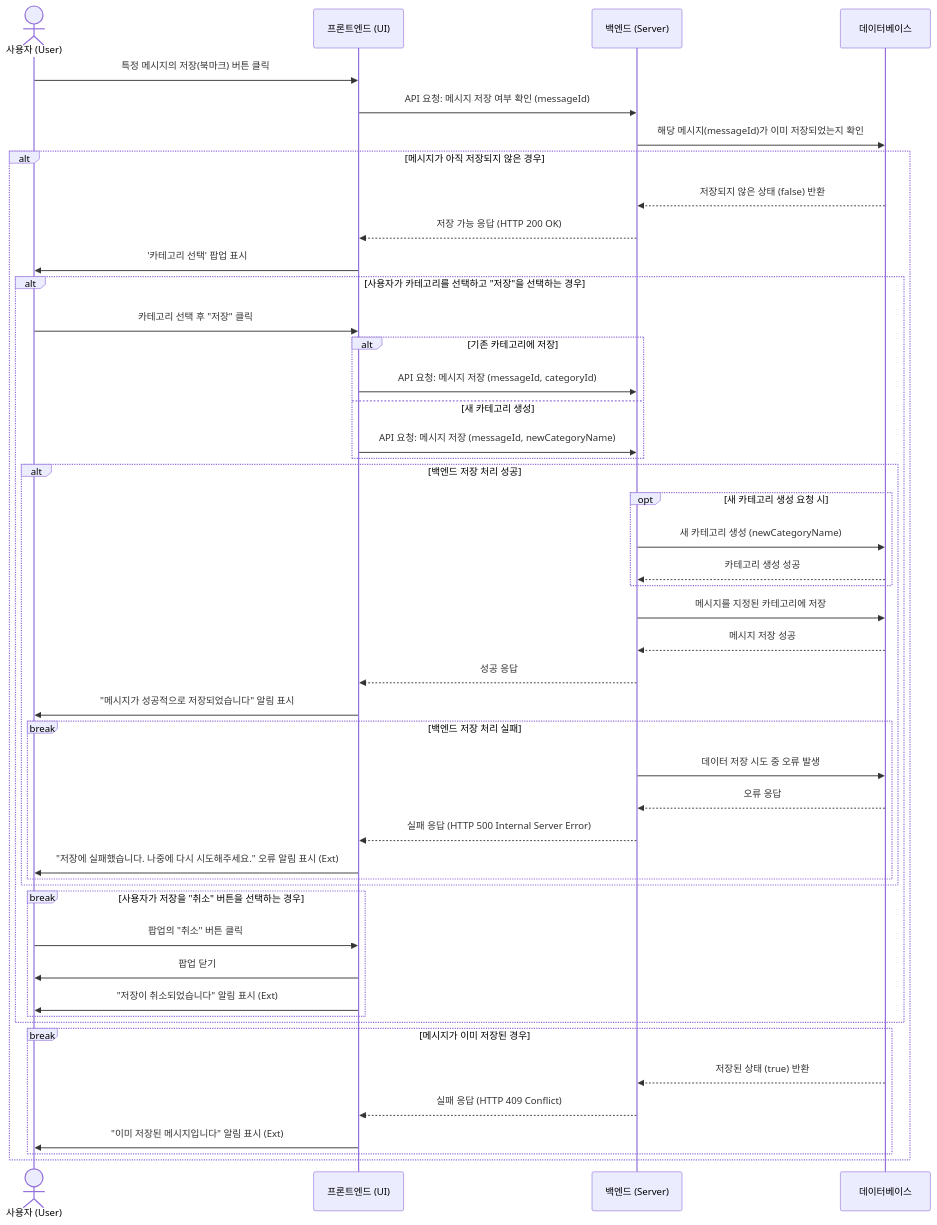
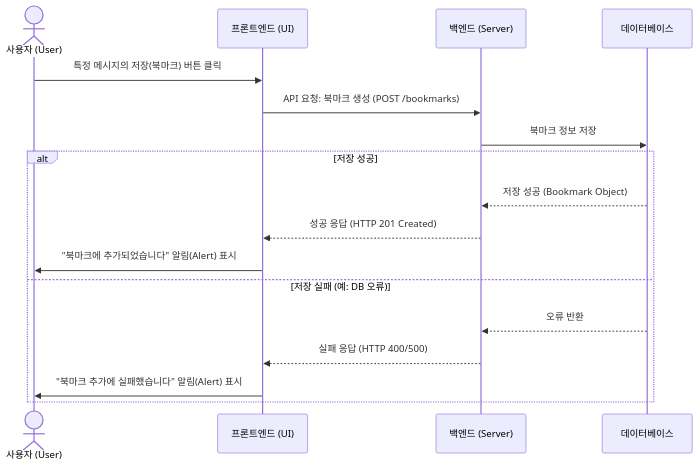
The eighth of 22 diagrams in 문서/SDS/SDS_[Alphabot]_4_SequenceDiagram.md (YU-SoftwareEng/AlphaBot), drawn with Mermaid before and after one commit. The commit also changed other lines of this file and 2 other files, not shown here.

````diff
--- a/문서/SDS/SDS_[Alphabot]_4_SequenceDiagram.md
+++ b/문서/SDS/SDS_[Alphabot]_4_SequenceDiagram.md
@@ -260,49 +260,21 @@
 ```mermaid
 sequenceDiagram
     actor 사용자 as 사용자 (User)
     participant Frontend as 프론트엔드 (UI)
     participant Backend as 백엔드 (Server)
     participant DB as 데이터베이스
+
     사용자 ->> Frontend: 특정 메시지의 저장(북마크) 버튼 클릭
-    Frontend ->> Backend: API 요청: 메시지 저장 여부 확인 (messageId)
-    Backend ->> DB: 해당 메시지(messageId)가 이미 저장되었는지 확인
-    alt 메시지가 아직 저장되지 않은 경우
-        DB -->> Backend: 저장되지 않은 상태 (false) 반환
-        Backend -->> Frontend: 저장 가능 응답 (HTTP 200 OK)
-        Frontend ->> 사용자: '카테고리 선택' 팝업 표시
-        alt 사용자가 카테고리를 선택하고 "저장"을 선택하는 경우
-            사용자 ->> Frontend: 카테고리 선택 후 "저장" 클릭
-            alt 기존 카테고리에 저장
-                Frontend ->> Backend: API 요청: 메시지 저장 (messageId, categoryId)
-            else 새 카테고리 생성
-                Frontend ->> Backend: API 요청: 메시지 저장 (messageId, newCategoryName)
-            end
-            alt 백엔드 저장 처리 성공
-                opt 새 카테고리 생성 요청 시
-                    Backend ->> DB: 새 카테고리 생성 (newCategoryName)
-                    DB -->> Backend: 카테고리 생성 성공
-                end
-                Backend ->> DB: 메시지를 지정된 카테고리에 저장
-                DB -->> Backend: 메시지 저장 성공
-                Backend -->> Frontend: 성공 응답
-                Frontend ->> 사용자: "메시지가 성공적으로 저장되었습니다" 알림 표시
-            break 백엔드 저장 처리 실패
-                Backend ->> DB: 데이터 저장 시도 중 오류 발생
-                DB -->> Backend: 오류 응답
-                Backend -->> Frontend: 실패 응답 (HTTP 500 Internal Server Error)
-                Frontend ->> 사용자: "저장에 실패했습니다. 나중에 다시 시도해주세요." 오류 알림 표시 (Ext)
-                end
-            end
-        break 사용자가 저장을 "취소" 버튼을 선택하는 경우
-            사용자 ->> Frontend: 팝업의 "취소" 버튼 클릭
-            Frontend ->> 사용자: 팝업 닫기
-            Frontend ->> 사용자: "저장이 취소되었습니다" 알림 표시 (Ext)
-            end
-        end
-    break 메시지가 이미 저장된 경우
-        DB -->> Backend: 저장된 상태 (true) 반환
-        Backend -->> Frontend: 실패 응답 (HTTP 409 Conflict)
-        Frontend ->> 사용자: "이미 저장된 메시지입니다" 알림 표시 (Ext)
-        end
+    Frontend ->> Backend: API 요청: 북마크 생성 (POST /bookmarks)
+
+    Backend ->> DB: 북마크 정보 저장
+    alt 저장 성공
+        DB -->> Backend: 저장 성공 (Bookmark Object)
+        Backend -->> Frontend: 성공 응답 (HTTP 201 Created)
+        Frontend ->> 사용자: "북마크에 추가되었습니다" 알림(Alert) 표시
+    else 저장 실패 (예: DB 오류)
+        DB -->> Backend: 오류 반환
+        Backend -->> Frontend: 실패 응답 (HTTP 400/500)
+        Frontend ->> 사용자: "북마크 추가에 실패했습니다" 알림(Alert) 표시
     end
 ```
````
